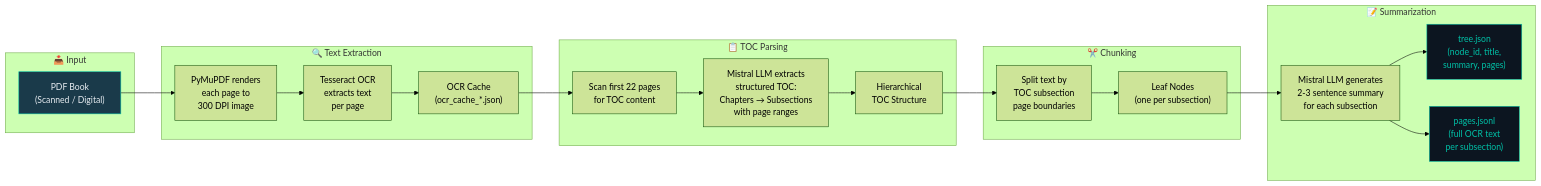
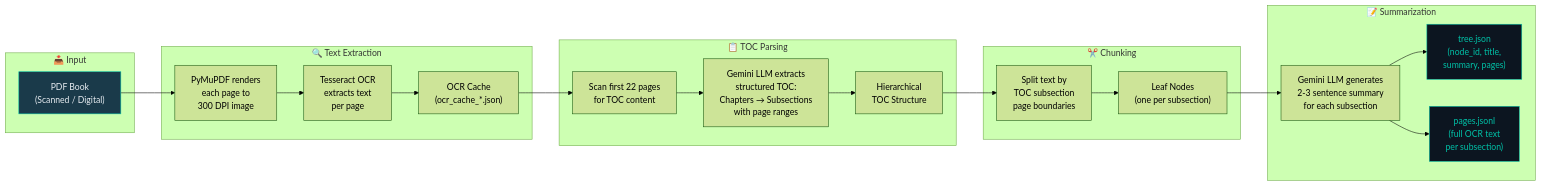
One commit to WaqarMoid/vectorless-rag-bot_subsection_wise changed the second of 5 diagrams in README.md. Above: the diagram before and after it, drawn with Mermaid (forest theme). The commit also changed other lines of this file and 13 other files, not shown here.

Commit message:
feat: migrate LLM backend from Mistral to Google Gemini (gemini-3.8-flash), surface API errors cleanly, update docs and architecture docx

````diff
--- a/README.md
+++ b/README.md
@@ -82,40 +82,40 @@
 ```mermaid
 flowchart LR
     subgraph INPUT["📥 Input"]
         PDF["PDF Book<br/>(Scanned / Digital)"]
     end
 
     subgraph OCR["🔍 Text Extraction"]
         RENDER["PyMuPDF renders<br/>each page to<br/>300 DPI image"]
         TESS["Tesseract OCR<br/>extracts text<br/>per page"]
         CACHE["OCR Cache<br/>(ocr_cache_*.json)"]
     end
 
     subgraph TOC["📋 TOC Parsing"]
         SCAN["Scan first 22 pages<br/>for TOC content"]
-        LLM_TOC["Mistral LLM extracts<br/>structured TOC:<br/>Chapters → Subsections<br/>with page ranges"]
+        LLM_TOC["Gemini LLM extracts<br/>structured TOC:<br/>Chapters → Subsections<br/>with page ranges"]
         STRUCT["Hierarchical<br/>TOC Structure"]
     end
 
     subgraph CHUNK["✂️ Chunking"]
         SPLIT["Split text by<br/>TOC subsection<br/>page boundaries"]
         NODES["Leaf Nodes<br/>(one per subsection)"]
     end
 
     subgraph SUMMARY["📝 Summarization"]
-        SUM_LLM["Mistral LLM generates<br/>2-3 sentence summary<br/>for each subsection"]
+        SUM_LLM["Gemini LLM generates<br/>2-3 sentence summary<br/>for each subsection"]
         TREE["tree.json<br/>(node_id, title,<br/>summary, pages)"]
         PAGES["pages.jsonl<br/>(full OCR text<br/>per subsection)"]
     end
 
     PDF --> RENDER --> TESS --> CACHE
     CACHE --> SCAN --> LLM_TOC --> STRUCT
     STRUCT --> SPLIT --> NODES
     NODES --> SUM_LLM
     SUM_LLM --> TREE
     SUM_LLM --> PAGES
 
     style PDF fill:#1a3a4a,stroke:#00c2a8,color:#e8edf2
     style TREE fill:#0c1520,stroke:#00c2a8,color:#00c2a8
     style PAGES fill:#0c1520,stroke:#00c2a8,color:#00c2a8
 ```
````
